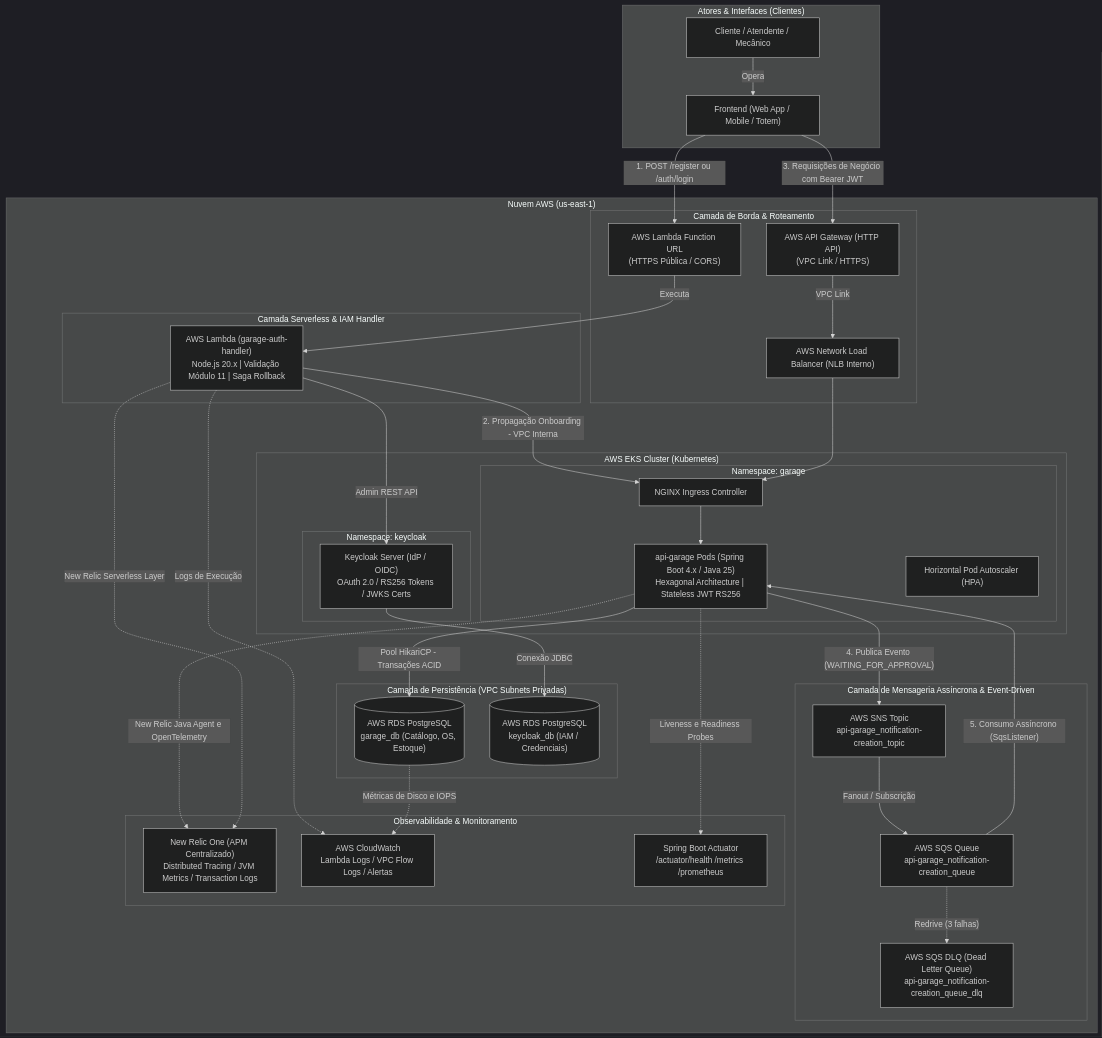
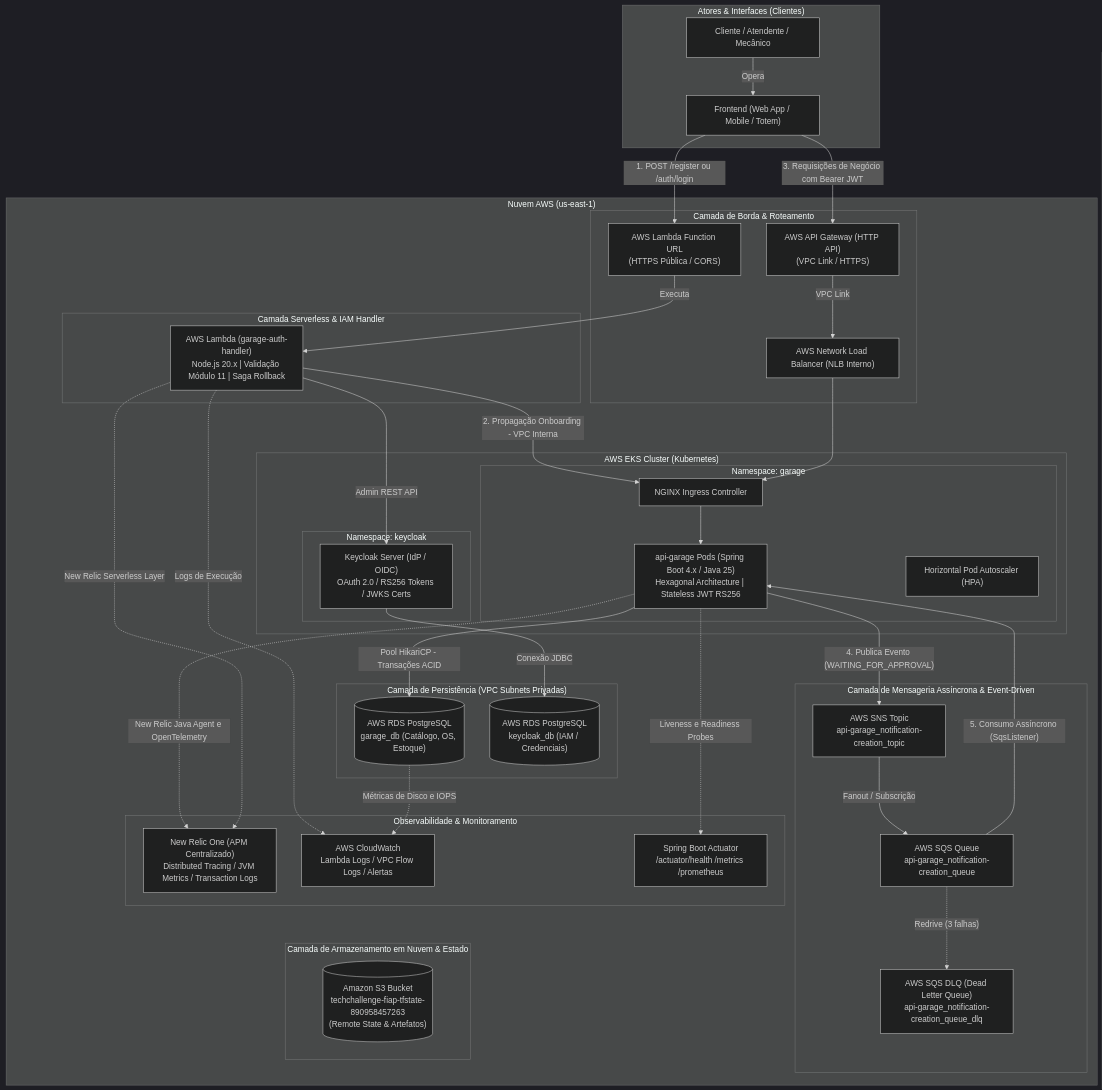
One commit to rodsordi/15-soat-tech-challenge-garage changed the first of 2 diagrams in README.md. Above: the diagram before and after it, drawn with Mermaid (dark theme). The commit also changed other lines of this file, not shown here.

Commit message:
docs: add amazon s3 remote state and storage layer to architecture diagram

````diff
--- a/README.md
+++ b/README.md
@@ -37,73 +37,77 @@
 ```mermaid
 flowchart TB
     subgraph Clients ["Atores & Interfaces (Clientes)"]
         User["Cliente / Atendente / Mecânico"]
         Front["Frontend (Web App / Mobile / Totem)"]
         User -->|"Opera"| Front
     end
 
     subgraph AWS ["Nuvem AWS (us-east-1)"]
         subgraph Edge ["Camada de Borda & Roteamento"]
             LambdaURL["AWS Lambda Function URL<br/>(HTTPS Pública / CORS)"]
             APIGW["AWS API Gateway (HTTP API)<br/>(VPC Link / HTTPS)"]
             NLB["AWS Network Load Balancer (NLB Interno)"]
         end
 
         subgraph Serverless ["Camada Serverless & IAM Handler"]
             LambdaAuth["AWS Lambda (garage-auth-handler)<br/>Node.js 20.x | Validação Módulo 11 | Saga Rollback"]
         end
 
         subgraph EKS ["AWS EKS Cluster (Kubernetes)"]
             subgraph NS_Garage ["Namespace: garage"]
                 Ingress["NGINX Ingress Controller"]
                 APIGarage["api-garage Pods (Spring Boot 4.x / Java 25)<br/>Hexagonal Architecture | Stateless JWT RS256"]
                 HPA["Horizontal Pod Autoscaler (HPA)"]
             end
 
             subgraph NS_IAM ["Namespace: keycloak"]
                 KeycloakApp["Keycloak Server (IdP / OIDC)<br/>OAuth 2.0 / RS256 Tokens / JWKS Certs"]
             end
         end
 
         subgraph Database ["Camada de Persistência (VPC Subnets Privadas)"]
             RDSGarage[("AWS RDS PostgreSQL<br/>garage_db (Catálogo, OS, Estoque)")]
             RDSKeycloak[("AWS RDS PostgreSQL<br/>keycloak_db (IAM / Credenciais)")]
         end
 
         subgraph Messaging ["Camada de Mensageria Assíncrona & Event-Driven"]
             SNSTopic["AWS SNS Topic<br/>api-garage_notification-creation_topic"]
             SQSQueue["AWS SQS Queue<br/>api-garage_notification-creation_queue"]
             SQSDLQ["AWS SQS DLQ (Dead Letter Queue)<br/>api-garage_notification-creation_queue_dlq"]
         end
 
+        subgraph Storage ["Camada de Armazenamento em Nuvem & Estado"]
+            S3Bucket[("Amazon S3 Bucket<br/>techchallenge-fiap-tfstate-890958457263<br/>(Remote State & Artefatos)")]
+        end
+
         subgraph Observability ["Observabilidade & Monitoramento"]
             NewRelic["New Relic One (APM Centralizado)<br/>Distributed Tracing / JVM Metrics / Transaction Logs"]
             CloudWatch["AWS CloudWatch<br/>Lambda Logs / VPC Flow Logs / Alertas"]
             Actuator["Spring Boot Actuator<br/>/actuator/health /metrics /prometheus"]
         end
     end
 
     Front -->|"1. POST /register ou /auth/login"| LambdaURL
     LambdaURL -->|"Executa"| LambdaAuth
     LambdaAuth -->|"Admin REST API"| KeycloakApp
     LambdaAuth -->|"2. Propagação Onboarding - VPC Interna"| Ingress
 
     Front -->|"3. Requisições de Negócio com Bearer JWT"| APIGW
     APIGW -->|"VPC Link"| NLB
     NLB --> Ingress
     Ingress --> APIGarage
 
     APIGarage -->|"Pool HikariCP - Transações ACID"| RDSGarage
     KeycloakApp -->|"Conexão JDBC"| RDSKeycloak
 
     APIGarage -->|"4. Publica Evento (WAITING_FOR_APPROVAL)"| SNSTopic
     SNSTopic -->|"Fanout / Subscrição"| SQSQueue
     SQSQueue -->|"5. Consumo Assíncrono (SqsListener)"| APIGarage
     SQSQueue -.->|"Redrive (3 falhas)"| SQSDLQ
 
     APIGarage -.->|"Liveness e Readiness Probes"| Actuator
     APIGarage -.->|"New Relic Java Agent e OpenTelemetry"| NewRelic
     LambdaAuth -.->|"New Relic Serverless Layer"| NewRelic
     LambdaAuth -.->|"Logs de Execução"| CloudWatch
     RDSGarage -.->|"Métricas de Disco e IOPS"| CloudWatch
 ```
````
